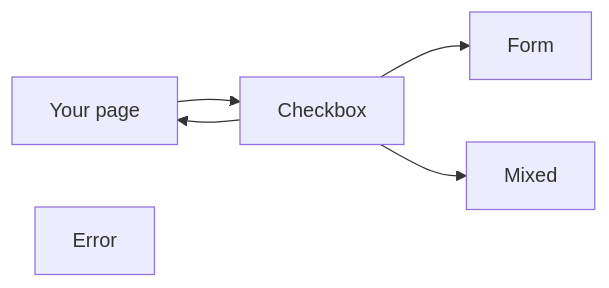
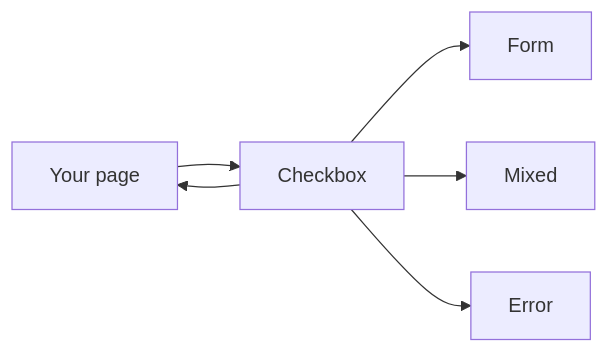
Before and after one commit to RajshekharBorate/pixel-ui: the first of 5 diagrams in projects/pixel-ui/src/lib/pixel-checkbox/DESIGN.md, drawn with Mermaid. The commit also changed other lines of this file and 80 other files, not shown here.

Commit message:
Fill missing design flows and correct the stories that did not match component behavior.

````diff
--- a/projects/pixel-ui/src/lib/pixel-checkbox/DESIGN.md
+++ b/projects/pixel-ui/src/lib/pixel-checkbox/DESIGN.md
@@ -18,12 +18,13 @@
 ```mermaid
 flowchart LR
   page["Your page"]
   box["Checkbox"]
   form["Form"]
   mixed["Mixed"]
   error["Error"]
   page --> box
   box --> page
   box --> form
   box --> mixed
+  box --> error
 ```
````
